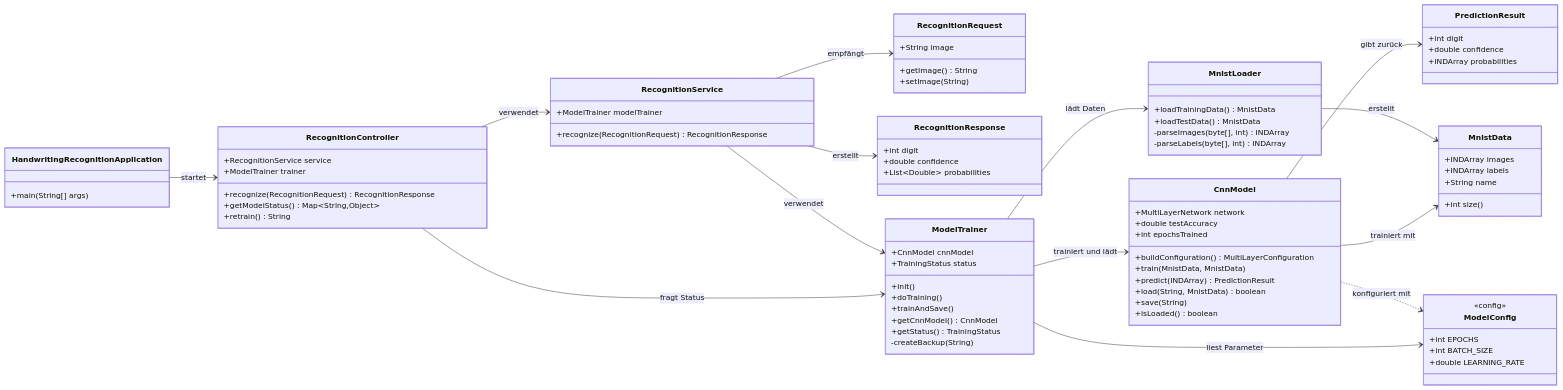
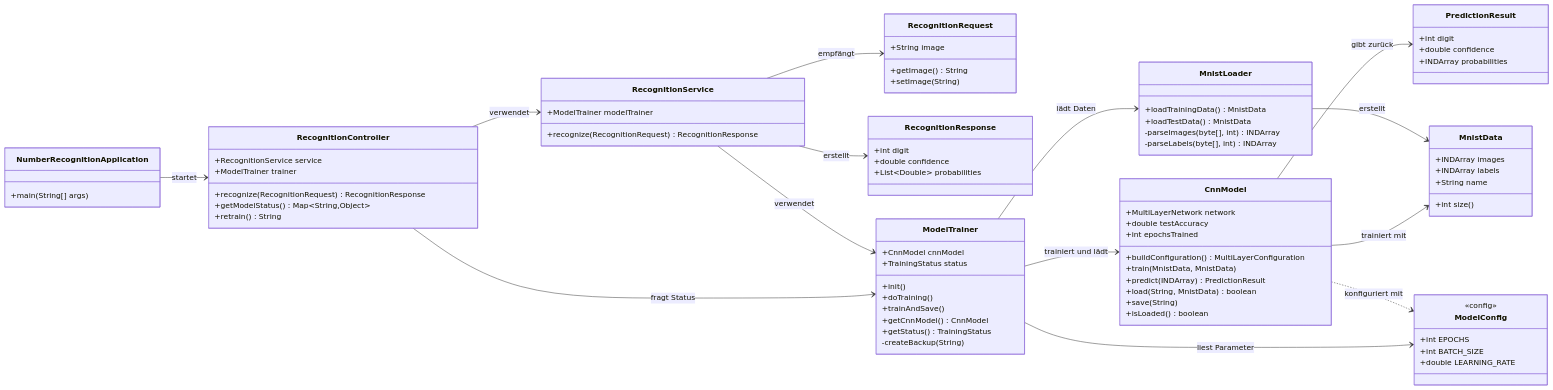
One commit to R-Yanay/NumberRecognition changed the third of 3 diagrams in README.md. Above: the diagram before and after it, drawn with Mermaid. The commit also changed other lines of this file and 19 other files, not shown here.

First line of the commit message:
Rename project: HandwritingRecognition → NumberRecognition

```diff
--- a/README.md
+++ b/README.md
@@ -219,7 +219,7 @@
 classDiagram
     direction LR
 
-    class HandwritingRecognitionApplication {
+    class NumberRecognitionApplication {
         +main(String[] args)
     }
 
@@ -299,7 +299,7 @@
     }
 
     %% Beziehungen
-    HandwritingRecognitionApplication --> RecognitionController : startet
+    NumberRecognitionApplication --> RecognitionController : startet
     RecognitionController --> RecognitionService : verwendet
     RecognitionController --> ModelTrainer : fragt Status
     RecognitionService --> ModelTrainer : verwendet
```
